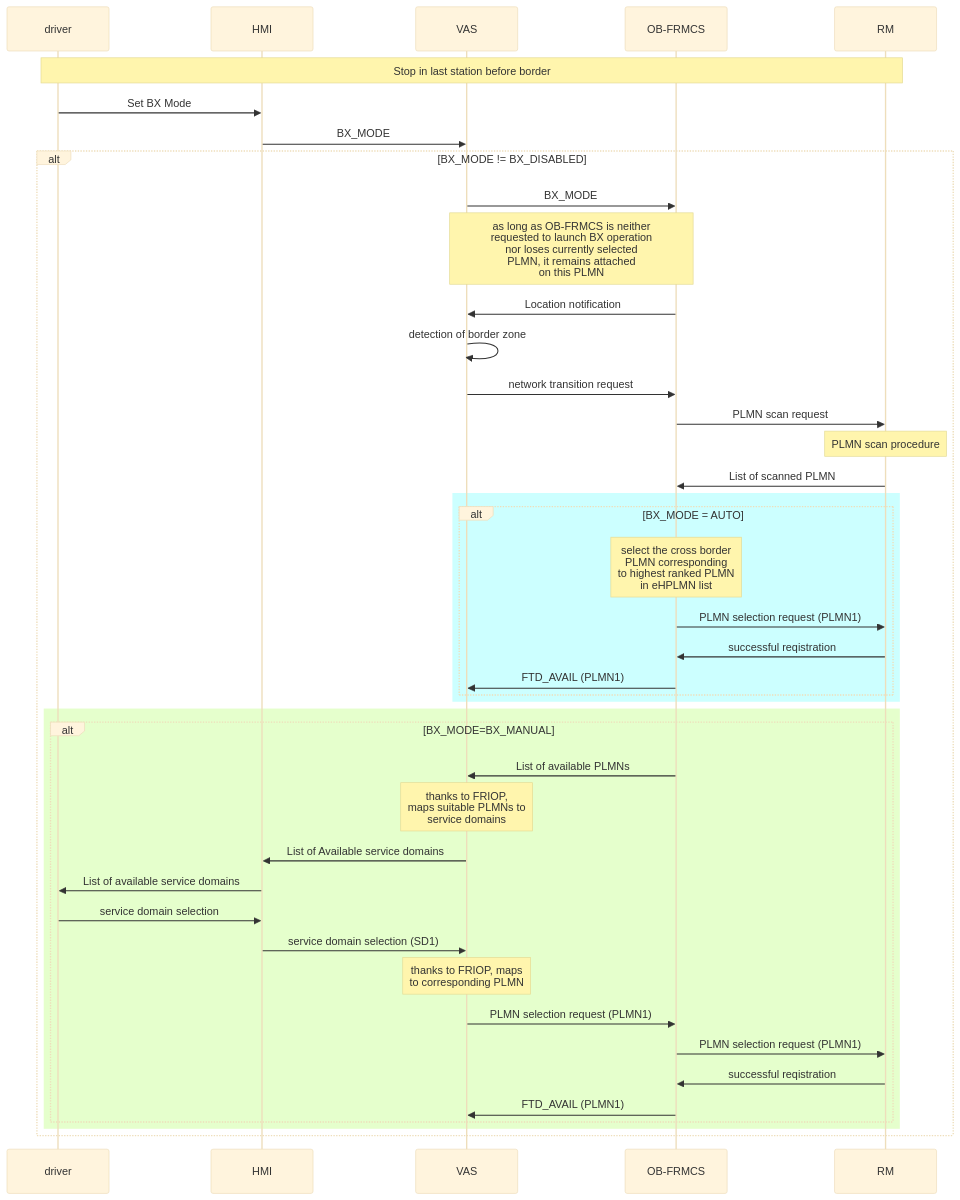
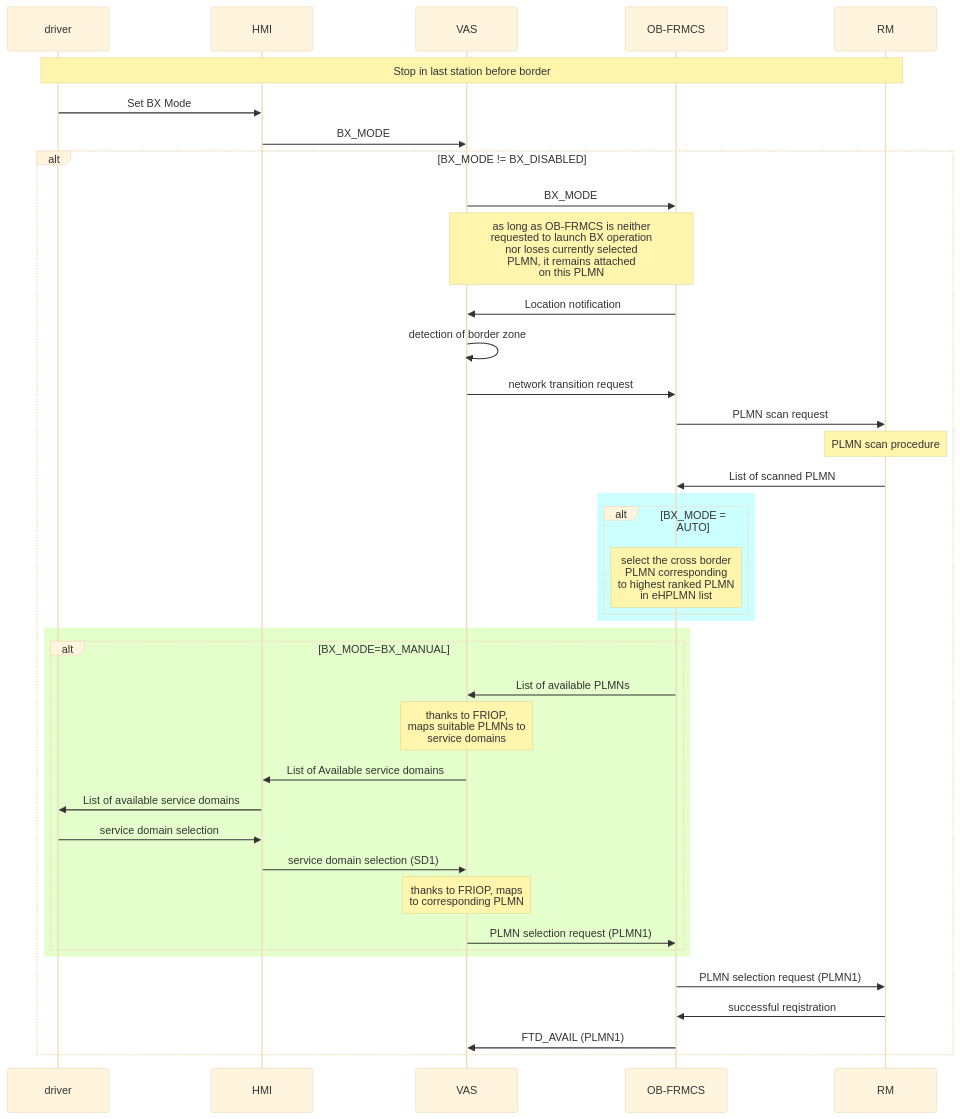
Before and after one commit to AndreaL-P/FRMCSSandbox: the diagram in ITT/BX_PLMNSelection.mmd, drawn with Mermaid (base theme). The commit also changed other lines of this file, not shown here.

```diff
--- a/ITT/BX_PLMNSelection.mmd
+++ b/ITT/BX_PLMNSelection.mmd
@@ -1,59 +1,56 @@
 sequenceDiagram
     participant ADC as driver 
    %% participant PCF1 as PCF (PLMN1)
     participant HMI as HMI
     participant VAS as VAS
     participant OB-FRMCS as OB-FRMCS
     participant RM as RM
     %%participant SCCAS as SCC-AS
     %%participant MCClient as MC Data Client
    %% participant MCServer as MC Data Server
 
     Note over ADC, RM:  Stop in last station before border
     
    %% UE->>PCF1: Notifications sur flux prioritaires MC Data (TS 23.282)
    %% PCF1->>PCSCF1: Règles QoS pour trafic MC Data (TS 23.203)
     
     %%Note over UE: PLMN change preparation trigger
     %% UE->>UE: Décision de handover (TS 36.331/38.331)
     
     %%Note over UE,MCServer: Phase 1: MC Data session transfer preparation - Single Radio (TS 23.237 Sec.6.2.2)
     
     %%UE->>PCSCF1: SIP OPTIONS (vérification de connexion)
     %%PCSCF1->>UE: 200 OK (connexion disponible)
     ADC->>HMI: Set BX Mode
     HMI->>VAS: BX_MODE
    alt BX_MODE != BX_DISABLED
     VAS->>OB-FRMCS: BX_MODE
     Note over VAS, OB-FRMCS: as long as OB-FRMCS is neither <br>requested  to launch BX operation <br> nor loses currently selected<br>PLMN, it remains attached <br>on this PLMN
     OB-FRMCS->>VAS: Location notification
     VAS->> VAS: detection of border zone
 
     VAS->>OB-FRMCS: network transition request
     OB-FRMCS->>RM: PLMN scan request
     Note over RM: PLMN scan procedure 
     RM->>OB-FRMCS: List of scanned PLMN 
     rect rgb(204, 255, 255)
      alt BX_MODE = AUTO
     note over OB-FRMCS: select the cross border <br> PLMN corresponding <br> to highest ranked PLMN <br> in eHPLMN list
-    OB-FRMCS->>RM: PLMN selection request (PLMN1)
-    RM->>OB-FRMCS: successful reqistration 
-    OB-FRMCS ->> VAS: FTD_AVAIL (PLMN1)
-    end
+     end
     end
  rect rgb(229, 255, 204)
      alt BX_MODE=BX_MANUAL
     OB-FRMCS ->> VAS: List of available PLMNs
     note over VAS: thanks to FRIOP, <br>maps suitable PLMNs to<br> service domains
     VAS ->> HMI : List of Available service domains
     HMI->>ADC: List of available service domains
     ADC ->> HMI: service domain selection
     HMI ->> VAS: service domain selection (SD1)
     note over VAS: thanks to FRIOP, maps<br> to corresponding PLMN
     VAS->> OB-FRMCS: PLMN selection request (PLMN1)
-    OB-FRMCS->>RM: PLMN selection request (PLMN1)
+    end
+    end
+     OB-FRMCS->>RM: PLMN selection request (PLMN1)
     RM->>OB-FRMCS: successful reqistration 
     OB-FRMCS ->> VAS: FTD_AVAIL (PLMN1)
-    end
-    end
-    end
+ end
```
